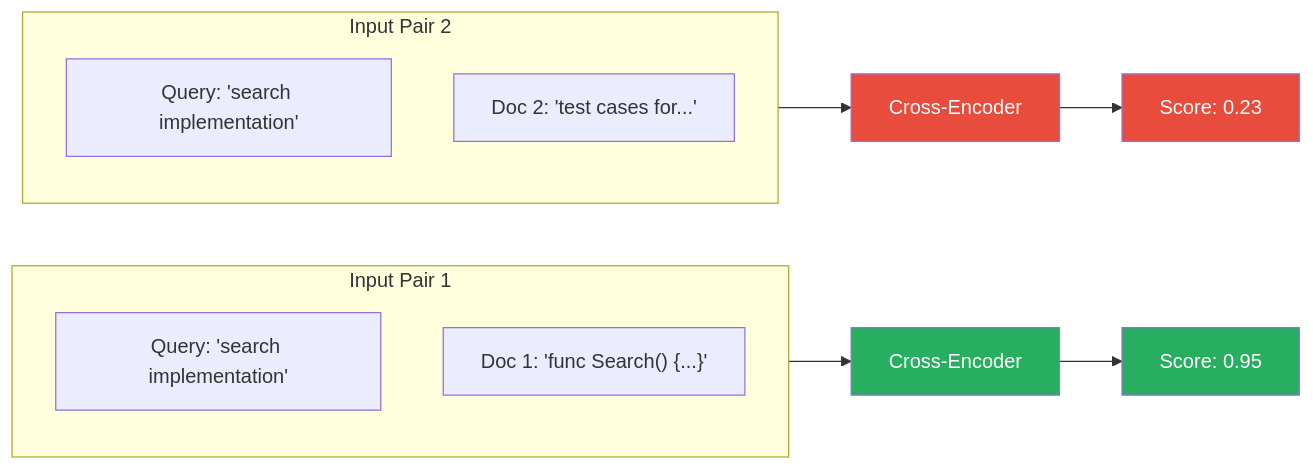
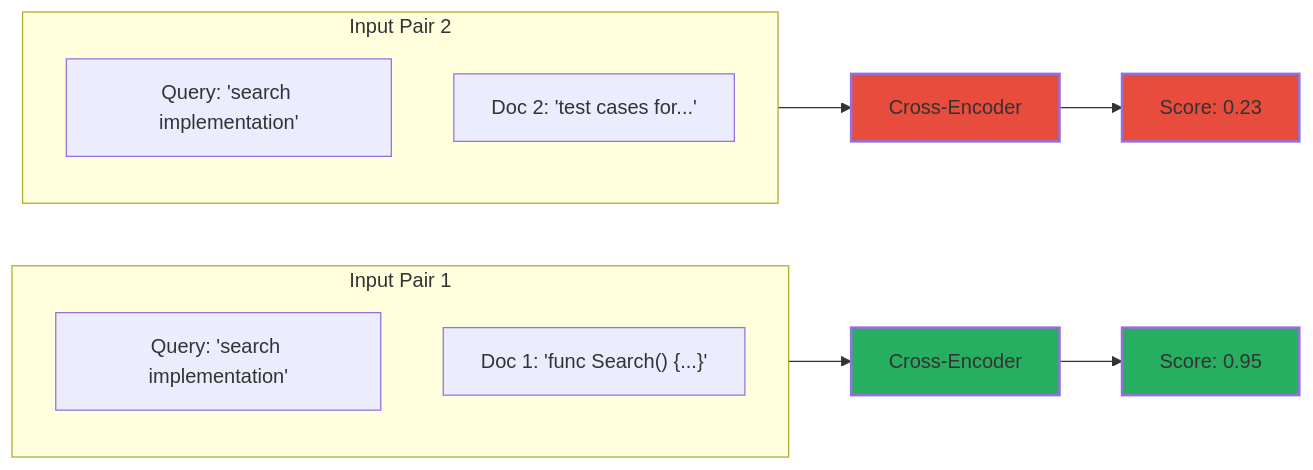
Before and after one commit to sampi02/amanmcp: the fourth of 6 diagrams in docs/concepts/two-stage-retrieval.md, drawn with Mermaid. The commit also changed other lines of this file and 59 other files, not shown here.

````diff
--- a/docs/concepts/two-stage-retrieval.md
+++ b/docs/concepts/two-stage-retrieval.md
@@ -107,23 +115,23 @@
 ```mermaid
 flowchart LR
     subgraph Input1["Input Pair 1"]
         Q1["Query: 'search implementation'"]
         D1["Doc 1: 'func Search() {...}'"]
     end
 
     subgraph Input2["Input Pair 2"]
         Q2["Query: 'search implementation'"]
         D2["Doc 2: 'test cases for...'"]
     end
 
     CE1["Cross-Encoder"]
     CE2["Cross-Encoder"]
 
     Input1 --> CE1 --> S1["Score: 0.95"]
     Input2 --> CE2 --> S2["Score: 0.23"]
 
-    style CE1 fill:#27ae60,color:#fff
-    style CE2 fill:#e74c3c,color:#fff
-    style S1 fill:#27ae60,color:#fff
-    style S2 fill:#e74c3c,color:#fff
+    style CE1 fill:#27ae60,stroke-width:2px
+    style CE2 fill:#e74c3c,stroke-width:2px
+    style S1 fill:#27ae60,stroke-width:2px
+    style S2 fill:#e74c3c,stroke-width:2px
 ```
````
